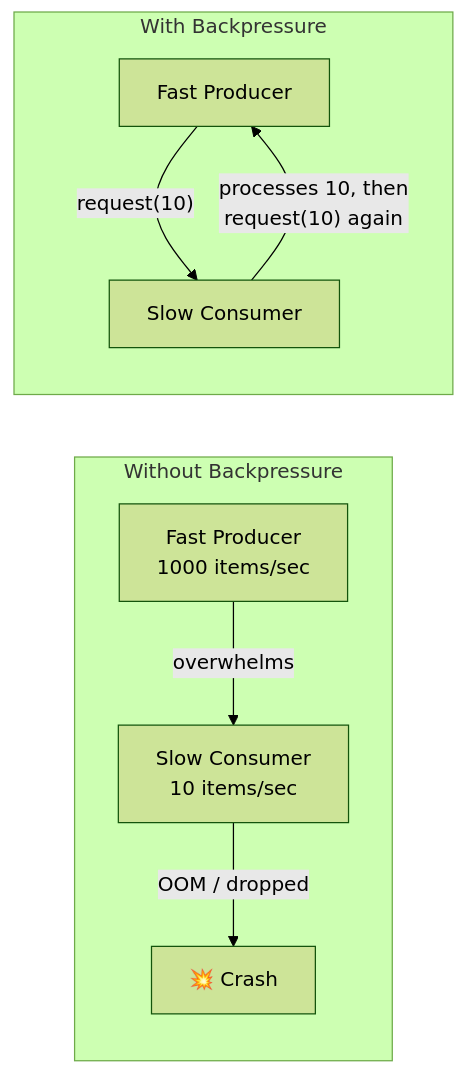
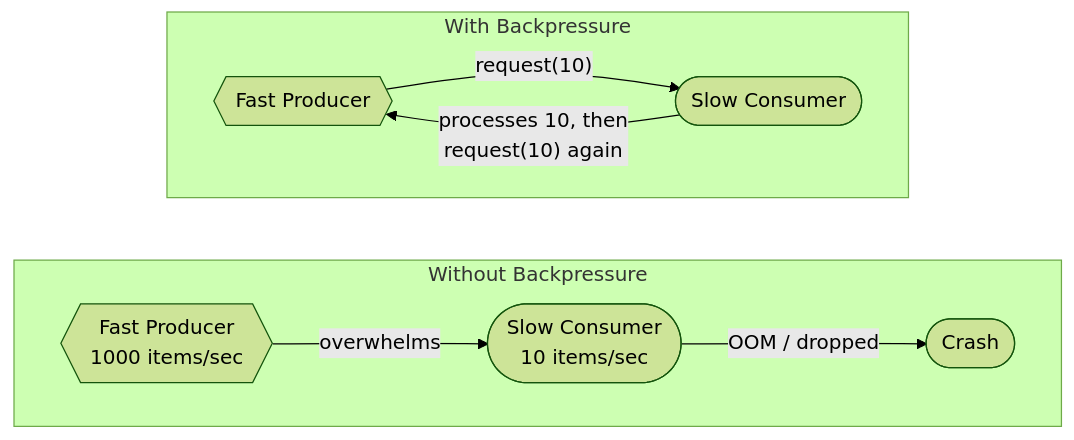
One commit to saivamsikaruturi/vamsilabs-dev-notes-main changed the third of 4 diagrams in docs/java/ReactiveStreams.md. Above: the diagram before and after it, drawn with Mermaid (forest theme). The commit also changed other lines of this file and 146 other files, not shown here.

Commit message:
Horizontal diagrams, UML class diagrams, typography overhaul, and permalink cleanup

````diff
--- a/docs/java/ReactiveStreams.md
+++ b/docs/java/ReactiveStreams.md
@@ -167,12 +167,14 @@
 ```mermaid
-graph LR
+flowchart LR
     subgraph Without Backpressure
-        FP1["Fast Producer<br/>1000 items/sec"] -->|"overwhelms"| SC1["Slow Consumer<br/>10 items/sec"]
-        SC1 -->|"OOM / dropped"| CRASH["💥 Crash"]
+        direction LR
+        FP1{{"Fast Producer<br/>1000 items/sec"}} -->|"overwhelms"| SC1(["Slow Consumer<br/>10 items/sec"])
+        SC1 -->|"OOM / dropped"| CRASH(["Crash"])
     end
 
     subgraph With Backpressure
-        FP2["Fast Producer"] -->|"request(10)"| SC2["Slow Consumer"]
+        direction LR
+        FP2{{"Fast Producer"}} -->|"request(10)"| SC2(["Slow Consumer"])
         SC2 -->|"processes 10, then<br/>request(10) again"| FP2
     end
 ```
````
